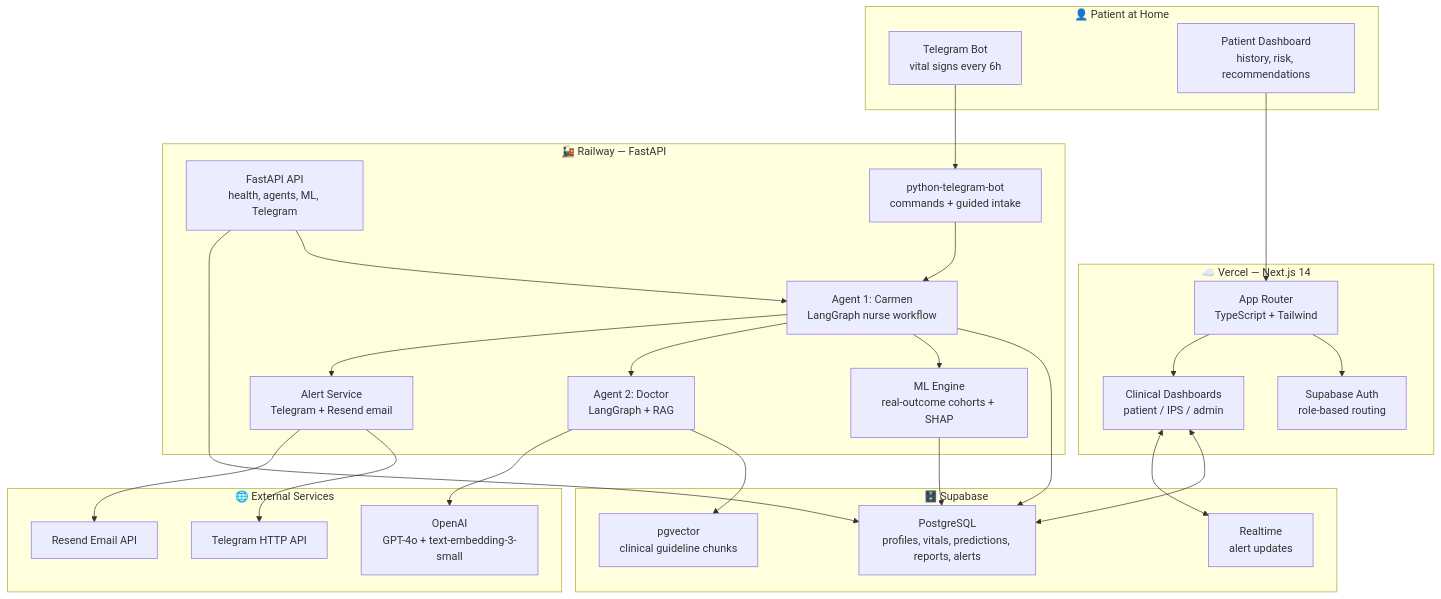
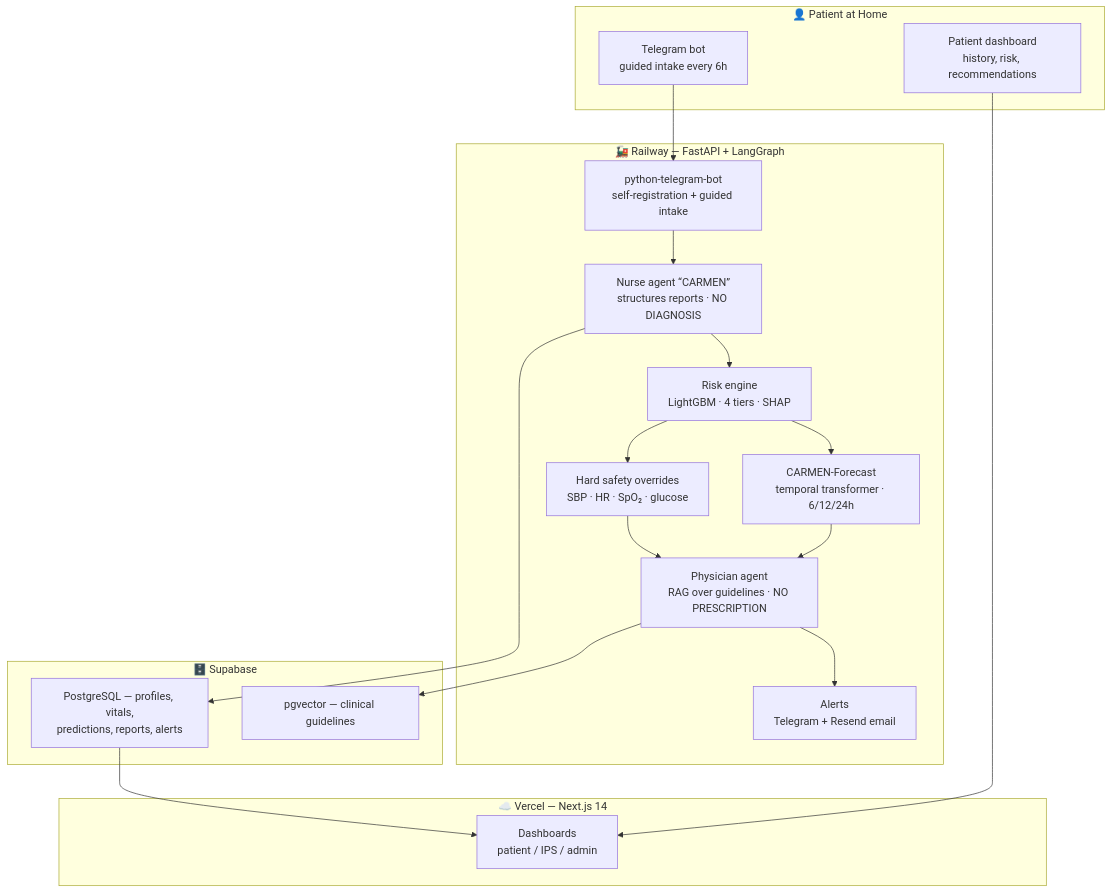
One commit to cmorregof/homecare changed the first of 2 diagrams in README.md. Above: the diagram before and after it, drawn with Mermaid. The commit also changed other lines of this file and 1 other file, not shown here.

First line of the commit message:
Polish README for AIiH 2026: cover art, current architecture, forecast and safety sections

````diff
--- a/README.md
+++ b/README.md
@@ -41,53 +47,35 @@
 ```mermaid
 graph TB
     subgraph Patient["👤 Patient at Home"]
-        TG["Telegram Bot<br/>vital signs every 6h"]
-        WEBPAT["Patient Dashboard<br/>history, risk, recommendations"]
+        TG["Telegram bot<br/>guided intake every 6h"]
+        WEBPAT["Patient dashboard<br/>history, risk, recommendations"]
+    end
+
+    subgraph Backend["🚂 Railway — FastAPI + LangGraph"]
+        BOT["python-telegram-bot<br/>self-registration + guided intake"]
+        NURSE["Nurse agent “CARMEN”<br/>structures reports · NO DIAGNOSIS"]
+        RISK["Risk engine<br/>LightGBM · 4 tiers · SHAP"]
+        OVR["Hard safety overrides<br/>SBP · HR · SpO₂ · glucose"]
+        FC["CARMEN-Forecast<br/>temporal transformer · 6/12/24h"]
+        DOCTOR["Physician agent<br/>RAG over guidelines · NO PRESCRIPTION"]
+        ALERTS["Alerts<br/>Telegram + Resend email"]
+    end
+
+    subgraph Data["🗄️ Supabase"]
+        PG["PostgreSQL — profiles, vitals,<br/>predictions, reports, alerts"]
+        VECTOR["pgvector — clinical guidelines"]
     end
 
     subgraph Frontend["☁️ Vercel — Next.js 14"]
-        NEXT["App Router<br/>TypeScript + Tailwind"]
-        AUTH["Supabase Auth<br/>role-based routing"]
-        DASH["Clinical Dashboards<br/>patient / IPS / admin"]
+        DASH["Dashboards<br/>patient / IPS / admin"]
     end
 
-    subgraph Backend["🚂 Railway — FastAPI"]
-        API["FastAPI API<br/>health, agents, ML, Telegram"]
-        BOT["python-telegram-bot<br/>commands + guided intake"]
-        NURSE["Agent 1: Carmen<br/>LangGraph nurse workflow"]
-        DOCTOR["Agent 2: Doctor<br/>LangGraph + RAG"]
-        ML["ML Engine<br/>real-outcome cohorts + SHAP"]
-        ALERTS["Alert Service<br/>Telegram + Resend email"]
-    end
-
-    subgraph Data["🗄️ Supabase"]
-        PG["PostgreSQL<br/>profiles, vitals, predictions, reports, alerts"]
-        VECTOR["pgvector<br/>clinical guideline chunks"]
-        REALTIME["Realtime<br/>alert updates"]
-    end
-
-    subgraph External["🌐 External Services"]
-        OPENAI["OpenAI<br/>GPT-4o + text-embedding-3-small"]
-        TELEGRAM["Telegram HTTP API"]
-        RESEND["Resend Email API"]
-    end
-
-    TG --> BOT
-    WEBPAT --> NEXT
-    NEXT --> AUTH
-    NEXT --> DASH
-    DASH <--> PG
-    DASH <--> REALTIME
-    BOT --> NURSE
-    API --> NURSE
+    TG --> BOT --> NURSE --> RISK --> OVR
+    OVR --> DOCTOR
+    RISK --> FC --> DOCTOR
+    DOCTOR --> ALERTS
     NURSE --> PG
-    NURSE --> ML
-    NURSE --> DOCTOR
     DOCTOR --> VECTOR
-    DOCTOR --> OPENAI
-    ML --> PG
-    NURSE --> ALERTS
-    ALERTS --> TELEGRAM
-    ALERTS --> RESEND
-    API --> PG
+    PG --> DASH
+    WEBPAT --> DASH
 ```
````
